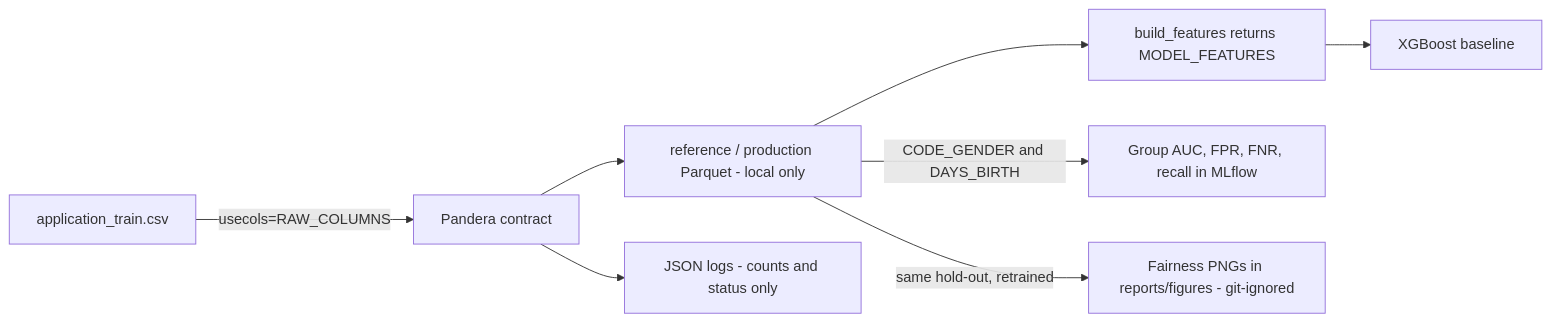
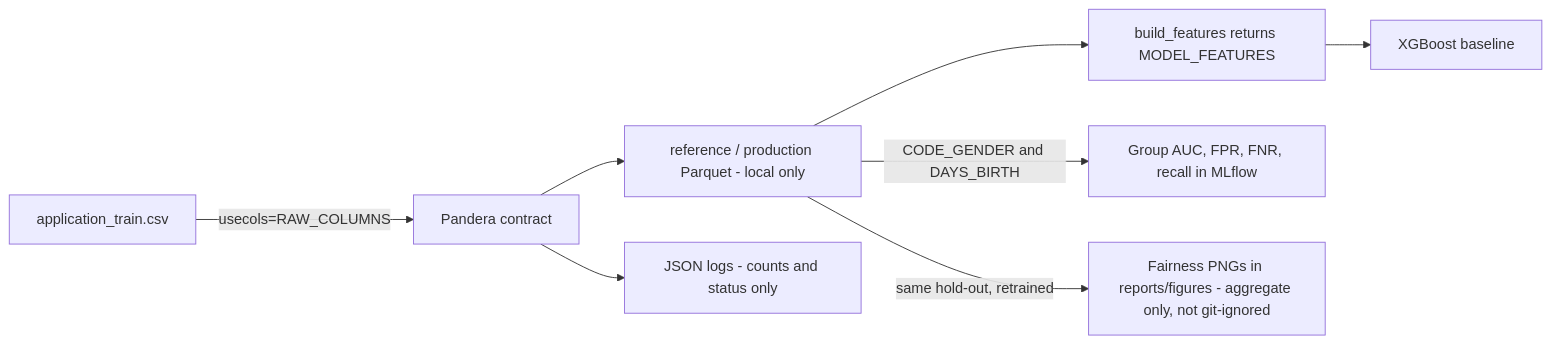
One commit to PosTech9MLET/tech-challenge-fase-4 changed the diagram in openwiki/concepts/governance_and_lgpd.md. Above: the diagram before and after it, drawn with Mermaid. The commit also changed other lines of this file and 19 other files, not shown here.

````diff
--- a/openwiki/concepts/governance_and_lgpd.md
+++ b/openwiki/concepts/governance_and_lgpd.md
@@ -74,10 +74,10 @@
 ```mermaid
 flowchart LR
     A["application_train.csv"] -->|"usecols=RAW_COLUMNS"| B["Pandera contract"]
     B --> C["reference / production Parquet - local only"]
     C --> D["build_features returns MODEL_FEATURES"]
     D --> E["XGBoost baseline"]
     C -->|"CODE_GENDER and DAYS_BIRTH"| F["Group AUC, FPR, FNR, recall in MLflow"]
-    C -->|"same hold-out, retrained"| H["Fairness PNGs in reports/figures - git-ignored"]
+    C -->|"same hold-out, retrained"| H["Fairness PNGs in reports/figures - aggregate only, not git-ignored"]
     B --> G["JSON logs - counts and status only"]
 ```
````
